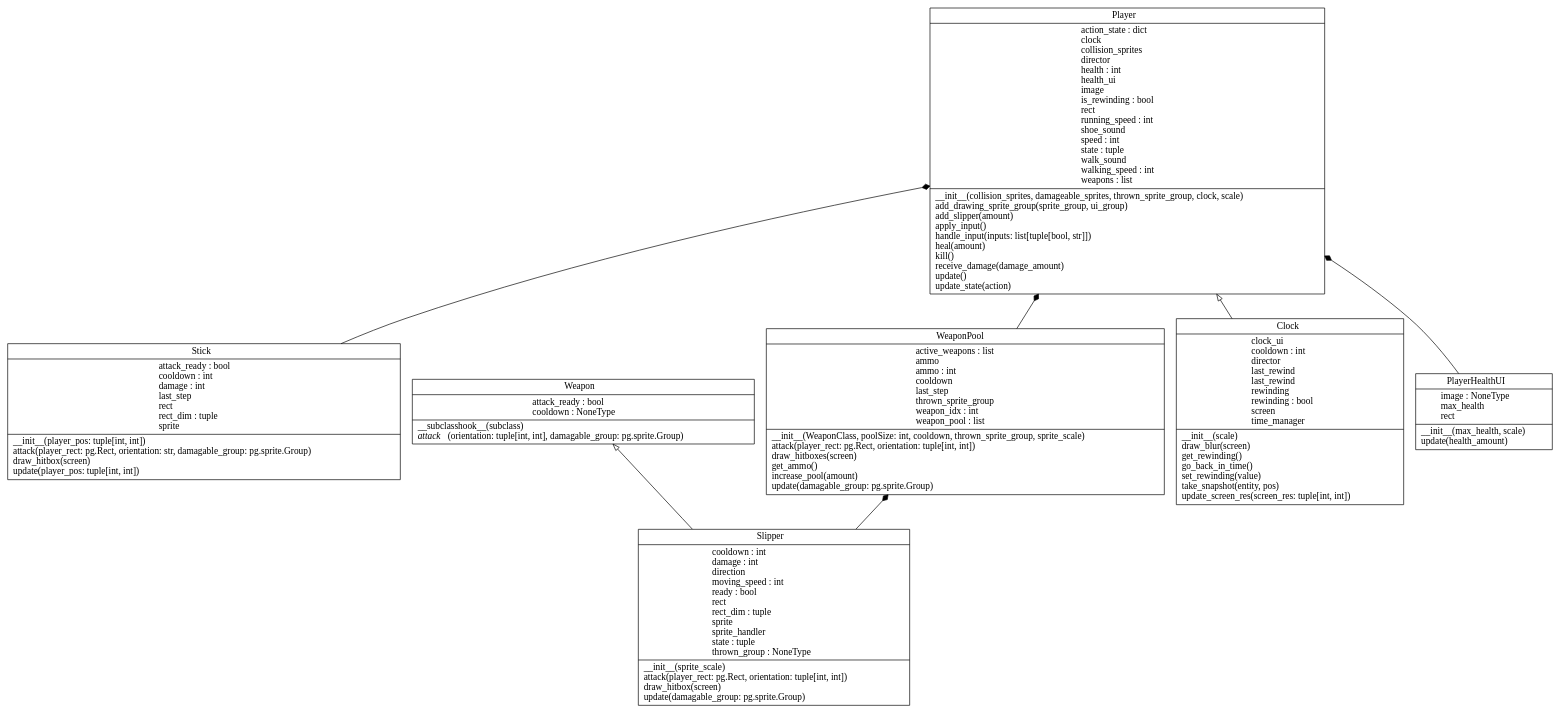
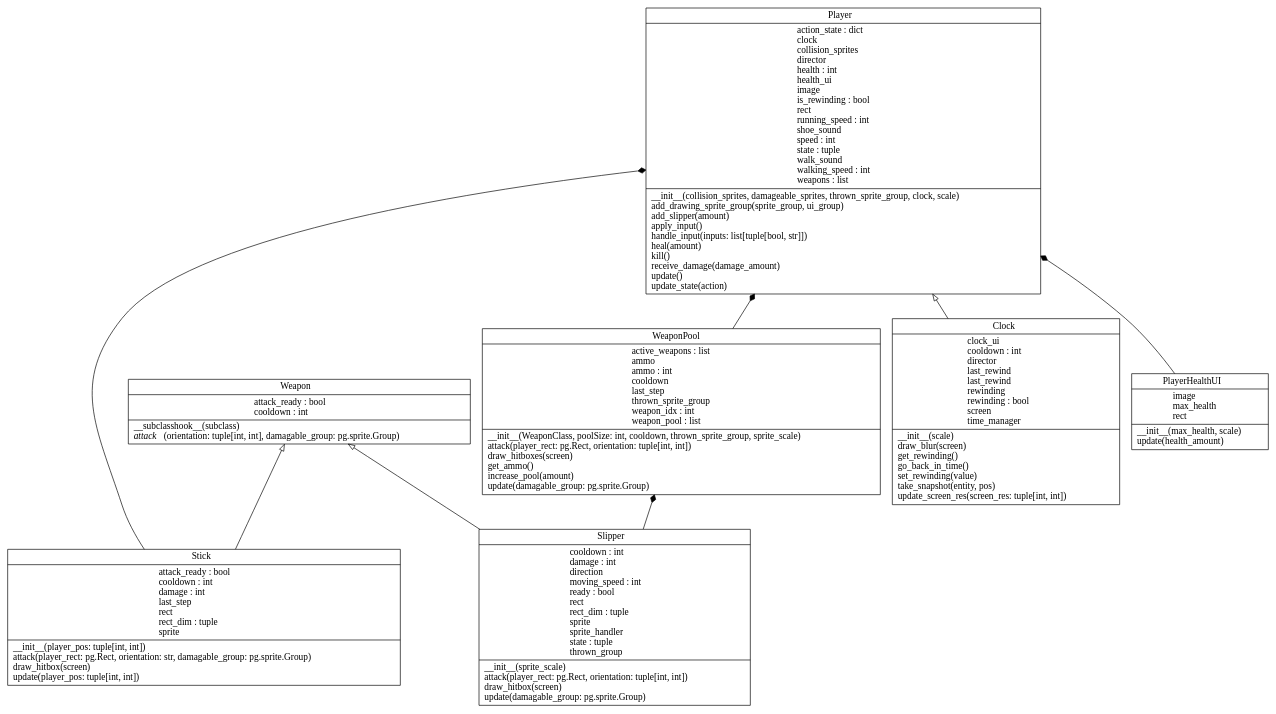
The diagram in uml/Entity/Player/Player.dot (LucaDangeloS/CIIE), drawn with Graphviz before and after one commit. The commit also changed 2 other files, not shown here.

Commit message:
Added Player UMLs

```diff
--- a/uml/Entity/Player/Player.dot
+++ b/uml/Entity/Player/Player.dot
@@ -1,17 +1,18 @@
 digraph "Player" {
 rankdir=BT
 charset="utf-8"
 "player.Player" [color="black", fontcolor="black", label=<{Player|action_state : dict<br ALIGN="LEFT"/>clock<br ALIGN="LEFT"/>collision_sprites<br ALIGN="LEFT"/>director<br ALIGN="LEFT"/>health : int<br ALIGN="LEFT"/>health_ui<br ALIGN="LEFT"/>image<br ALIGN="LEFT"/>is_rewinding : bool<br ALIGN="LEFT"/>rect<br ALIGN="LEFT"/>running_speed : int<br ALIGN="LEFT"/>shoe_sound<br ALIGN="LEFT"/>speed : int<br ALIGN="LEFT"/>state : tuple<br ALIGN="LEFT"/>walk_sound<br ALIGN="LEFT"/>walking_speed : int<br ALIGN="LEFT"/>weapons : list<br ALIGN="LEFT"/>|__init__(collision_sprites, damageable_sprites, thrown_sprite_group, clock, scale)<br ALIGN="LEFT"/>add_drawing_sprite_group(sprite_group, ui_group)<br ALIGN="LEFT"/>add_slipper(amount)<br ALIGN="LEFT"/>apply_input()<br ALIGN="LEFT"/>handle_input(inputs: list[tuple[bool, str]])<br ALIGN="LEFT"/>heal(amount)<br ALIGN="LEFT"/>kill()<br ALIGN="LEFT"/>receive_damage(damage_amount)<br ALIGN="LEFT"/>update()<br ALIGN="LEFT"/>update_state(action)<br ALIGN="LEFT"/>}>, shape="record", style="solid"];
-"weapons.Weapon" [color="black", fontcolor="black", label=<{Weapon|attack_ready : bool<br ALIGN="LEFT"/>cooldown : NoneType<br ALIGN="LEFT"/>|__subclasshook__(subclass)<br ALIGN="LEFT"/><I>attack</I>(orientation: tuple[int, int], damagable_group: pg.sprite.Group)<br ALIGN="LEFT"/>}>, shape="record", style="solid"];
+"weapons.Weapon" [color="black", fontcolor="black", label=<{Weapon|attack_ready : bool<br ALIGN="LEFT"/>cooldown : int<br ALIGN="LEFT"/>|__subclasshook__(subclass)<br ALIGN="LEFT"/><I>attack</I>(orientation: tuple[int, int], damagable_group: pg.sprite.Group)<br ALIGN="LEFT"/>}>, shape="record", style="solid"];
 "stick.Stick" [color="black", fontcolor="black", label=<{Stick|attack_ready : bool<br ALIGN="LEFT"/>cooldown : int<br ALIGN="LEFT"/>damage : int<br ALIGN="LEFT"/>last_step<br ALIGN="LEFT"/>rect<br ALIGN="LEFT"/>rect_dim : tuple<br ALIGN="LEFT"/>sprite<br ALIGN="LEFT"/>|__init__(player_pos: tuple[int, int])<br ALIGN="LEFT"/>attack(player_rect: pg.Rect, orientation: str, damagable_group: pg.sprite.Group)<br ALIGN="LEFT"/>draw_hitbox(screen)<br ALIGN="LEFT"/>update(player_pos: tuple[int, int])<br ALIGN="LEFT"/>}>, shape="record", style="solid"];
-"slipper.Slipper" [color="black", fontcolor="black", label=<{Slipper|cooldown : int<br ALIGN="LEFT"/>damage : int<br ALIGN="LEFT"/>direction<br ALIGN="LEFT"/>moving_speed : int<br ALIGN="LEFT"/>ready : bool<br ALIGN="LEFT"/>rect<br ALIGN="LEFT"/>rect_dim : tuple<br ALIGN="LEFT"/>sprite<br ALIGN="LEFT"/>sprite_handler<br ALIGN="LEFT"/>state : tuple<br ALIGN="LEFT"/>thrown_group : NoneType<br ALIGN="LEFT"/>|__init__(sprite_scale)<br ALIGN="LEFT"/>attack(player_rect: pg.Rect, orientation: tuple[int, int])<br ALIGN="LEFT"/>draw_hitbox(screen)<br ALIGN="LEFT"/>update(damagable_group: pg.sprite.Group)<br ALIGN="LEFT"/>}>, shape="record", style="solid"];
+"slipper.Slipper" [color="black", fontcolor="black", label=<{Slipper|cooldown : int<br ALIGN="LEFT"/>damage : int<br ALIGN="LEFT"/>direction<br ALIGN="LEFT"/>moving_speed : int<br ALIGN="LEFT"/>ready : bool<br ALIGN="LEFT"/>rect<br ALIGN="LEFT"/>rect_dim : tuple<br ALIGN="LEFT"/>sprite<br ALIGN="LEFT"/>sprite_handler<br ALIGN="LEFT"/>state : tuple<br ALIGN="LEFT"/>thrown_group<br ALIGN="LEFT"/>|__init__(sprite_scale)<br ALIGN="LEFT"/>attack(player_rect: pg.Rect, orientation: tuple[int, int])<br ALIGN="LEFT"/>draw_hitbox(screen)<br ALIGN="LEFT"/>update(damagable_group: pg.sprite.Group)<br ALIGN="LEFT"/>}>, shape="record", style="solid"];
 "slipper.WeaponPool" [color="black", fontcolor="black", label=<{WeaponPool|active_weapons : list<br ALIGN="LEFT"/>ammo<br ALIGN="LEFT"/>ammo : int<br ALIGN="LEFT"/>cooldown<br ALIGN="LEFT"/>last_step<br ALIGN="LEFT"/>thrown_sprite_group<br ALIGN="LEFT"/>weapon_idx : int<br ALIGN="LEFT"/>weapon_pool : list<br ALIGN="LEFT"/>|__init__(WeaponClass, poolSize: int, cooldown, thrown_sprite_group, sprite_scale)<br ALIGN="LEFT"/>attack(player_rect: pg.Rect, orientation: tuple[int, int])<br ALIGN="LEFT"/>draw_hitboxes(screen)<br ALIGN="LEFT"/>get_ammo()<br ALIGN="LEFT"/>increase_pool(amount)<br ALIGN="LEFT"/>update(damagable_group: pg.sprite.Group)<br ALIGN="LEFT"/>}>, shape="record", style="solid"];
 "clock.Clock" [color="black", fontcolor="black", label=<{Clock|clock_ui<br ALIGN="LEFT"/>cooldown : int<br ALIGN="LEFT"/>director<br ALIGN="LEFT"/>last_rewind<br ALIGN="LEFT"/>last_rewind<br ALIGN="LEFT"/>rewinding<br ALIGN="LEFT"/>rewinding : bool<br ALIGN="LEFT"/>screen<br ALIGN="LEFT"/>time_manager<br ALIGN="LEFT"/>|__init__(scale)<br ALIGN="LEFT"/>draw_blur(screen)<br ALIGN="LEFT"/>get_rewinding()<br ALIGN="LEFT"/>go_back_in_time()<br ALIGN="LEFT"/>set_rewinding(value)<br ALIGN="LEFT"/>take_snapshot(entity, pos)<br ALIGN="LEFT"/>update_screen_res(screen_res: tuple[int, int])<br ALIGN="LEFT"/>}>, shape="record", style="solid"];
-"ui.PlayerHealthUI" [color="black", fontcolor="black", label=<{PlayerHealthUI|image : NoneType<br ALIGN="LEFT"/>max_health<br ALIGN="LEFT"/>rect<br ALIGN="LEFT"/>|__init__(max_health, scale)<br ALIGN="LEFT"/>update(health_amount)<br ALIGN="LEFT"/>}>, shape="record", style="solid"];
+"ui.PlayerHealthUI" [color="black", fontcolor="black", label=<{PlayerHealthUI|image<br ALIGN="LEFT"/>max_health<br ALIGN="LEFT"/>rect<br ALIGN="LEFT"/>|__init__(max_health, scale)<br ALIGN="LEFT"/>update(health_amount)<br ALIGN="LEFT"/>}>, shape="record", style="solid"];
 "ui.PlayerHealthUI" -> "player.Player" [arrowhead="diamond"];
 "clock.Clock" -> "player.Player" [arrowhead="empty"]
 "slipper.Slipper" -> "weapons.Weapon" [arrowhead="empty"]
 "slipper.WeaponPool" -> "player.Player" [arrowhead="diamond"]
 "slipper.Slipper" -> "slipper.WeaponPool" [arrowhead="diamond"]
 "stick.Stick" -> "player.Player" [arrowhead="diamond"]
+"stick.Stick" -> "weapons.Weapon" [arrowhead="empty"]
 }
```
